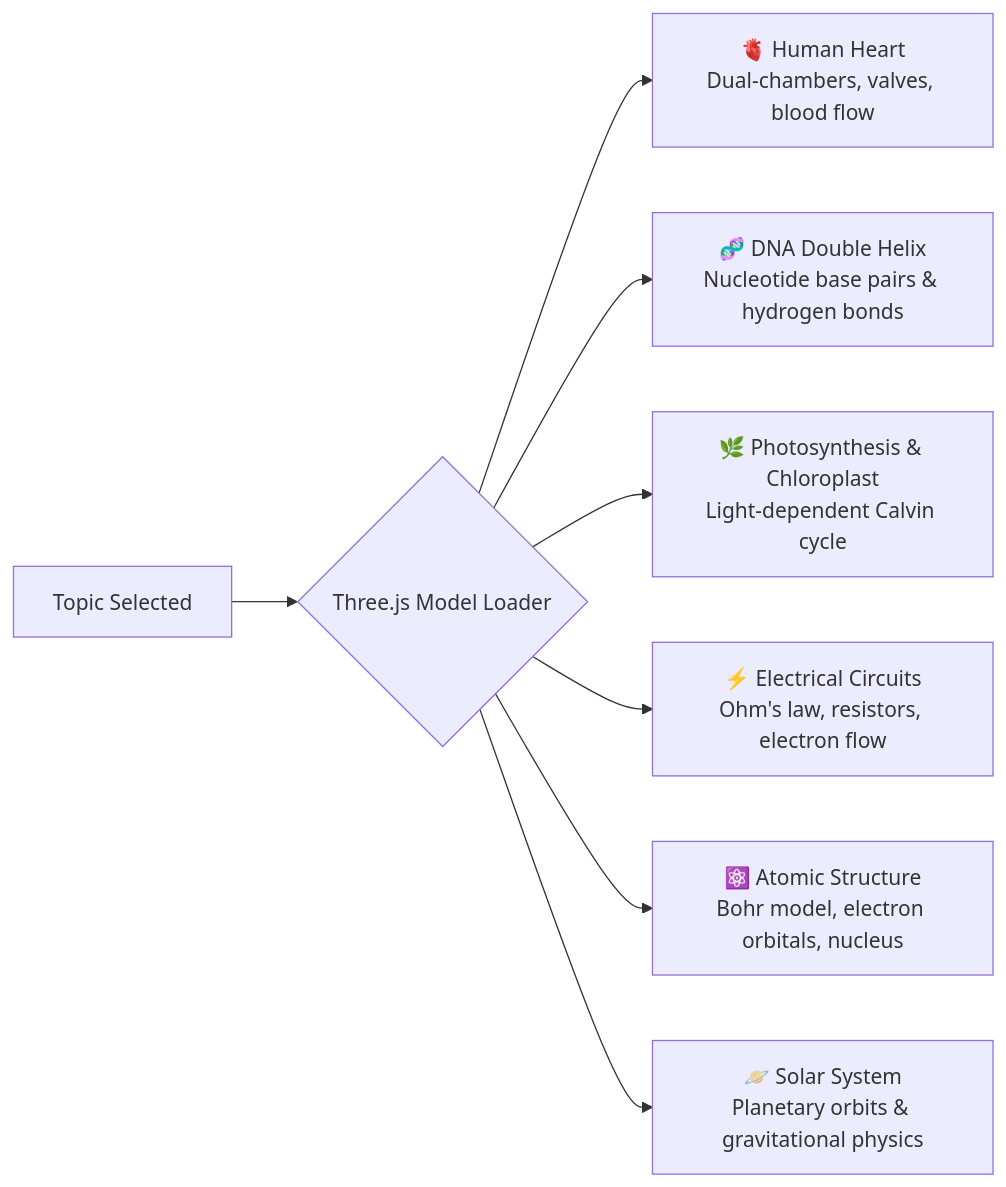
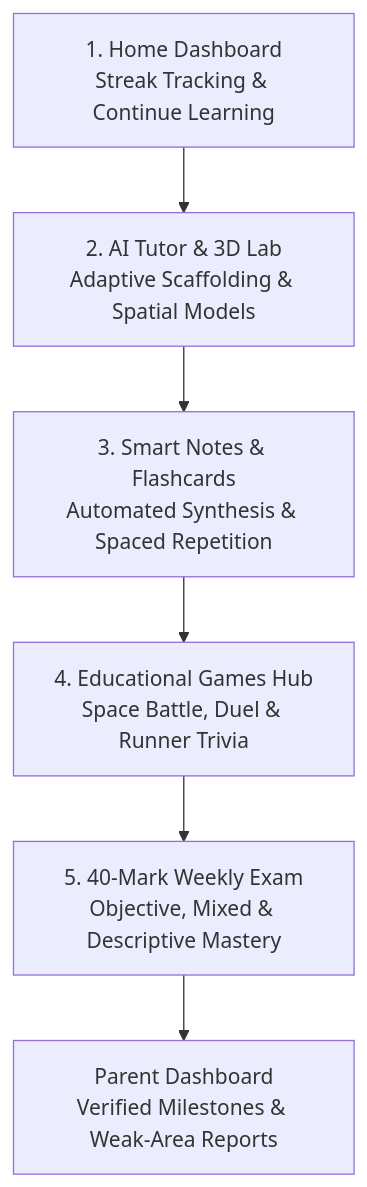
One commit to aitutor5566-maker/STUDYAI changed the third of 5 diagrams in README.md. Above: the diagram before and after it, drawn with Mermaid. The commit also changed other lines of this file and 4 other files, not shown here.

Commit message:
docs: add adaptive tutor architecture diagrams and updated README

````diff
--- a/README.md
+++ b/README.md
@@ -427,10 +196,8 @@
 ```mermaid
-graph LR
-    A["Topic Selected"] --> B{"Three.js Model Loader"}
-    B --> C["🫀 Human Heart<br/>Dual-chambers, valves, blood flow"]
-    B --> D["🧬 DNA Double Helix<br/>Nucleotide base pairs & hydrogen bonds"]
-    B --> E["🌿 Photosynthesis & Chloroplast<br/>Light-dependent Calvin cycle"]
-    B --> F["⚡ Electrical Circuits<br/>Ohm's law, resistors, electron flow"]
-    B --> G["⚛️ Atomic Structure<br/>Bohr model, electron orbitals, nucleus"]
-    B --> H["🪐 Solar System<br/>Planetary orbits & gravitational physics"]
+graph TD
+    A["1. Home Dashboard<br/>Streak Tracking &amp; Continue Learning"] --> B["2. AI Tutor &amp; 3D Lab<br/>Adaptive Scaffolding &amp; Spatial Models"]
+    B --> C["3. Smart Notes &amp; Flashcards<br/>Automated Synthesis &amp; Spaced Repetition"]
+    C --> D["4. Educational Games Hub<br/>Space Battle, Duel &amp; Runner Trivia"]
+    D --> E["5. 40-Mark Weekly Exam<br/>Objective, Mixed &amp; Descriptive Mastery"]
+    E --> F["Parent Dashboard<br/>Verified Milestones &amp; Weak-Area Reports"]
 ```
````
